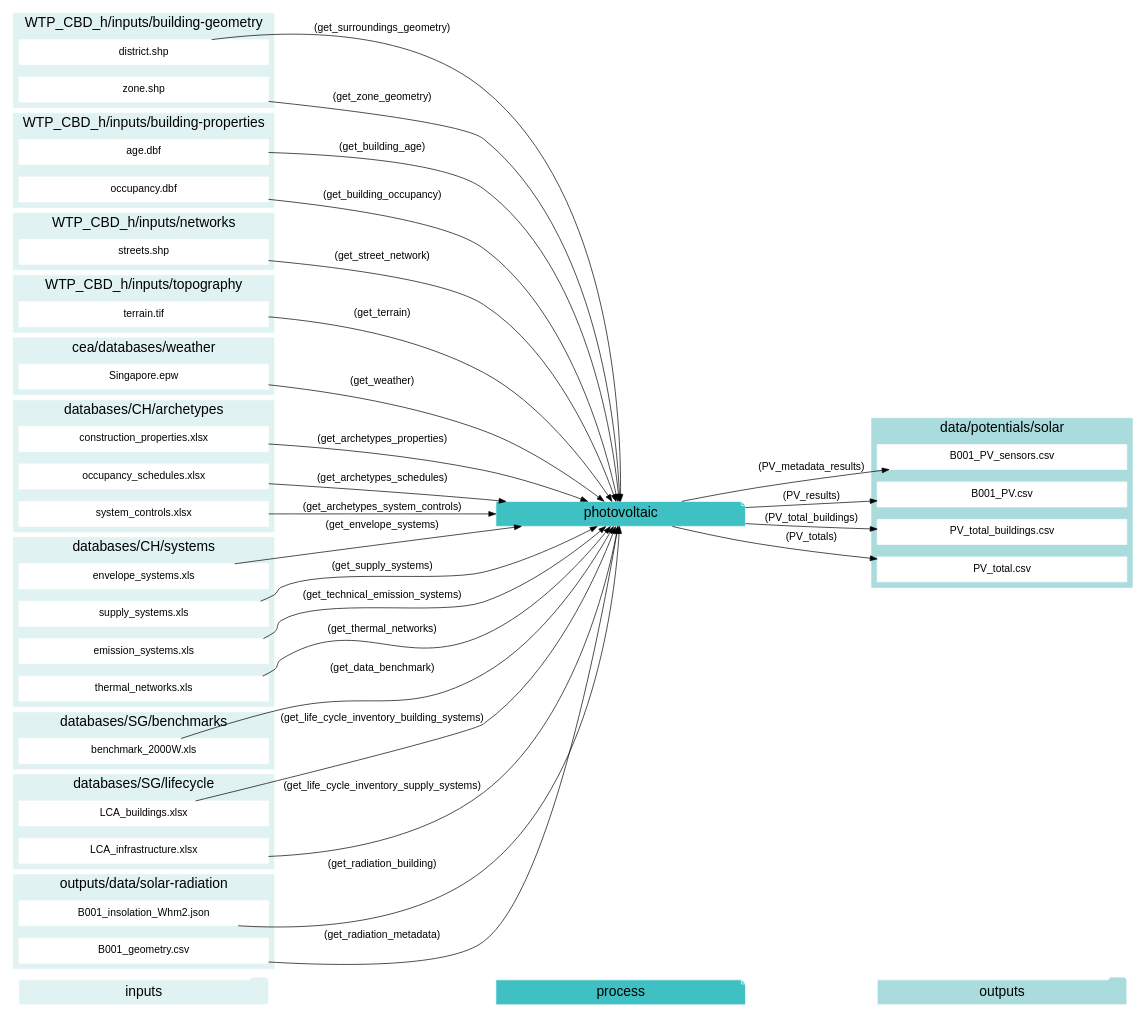
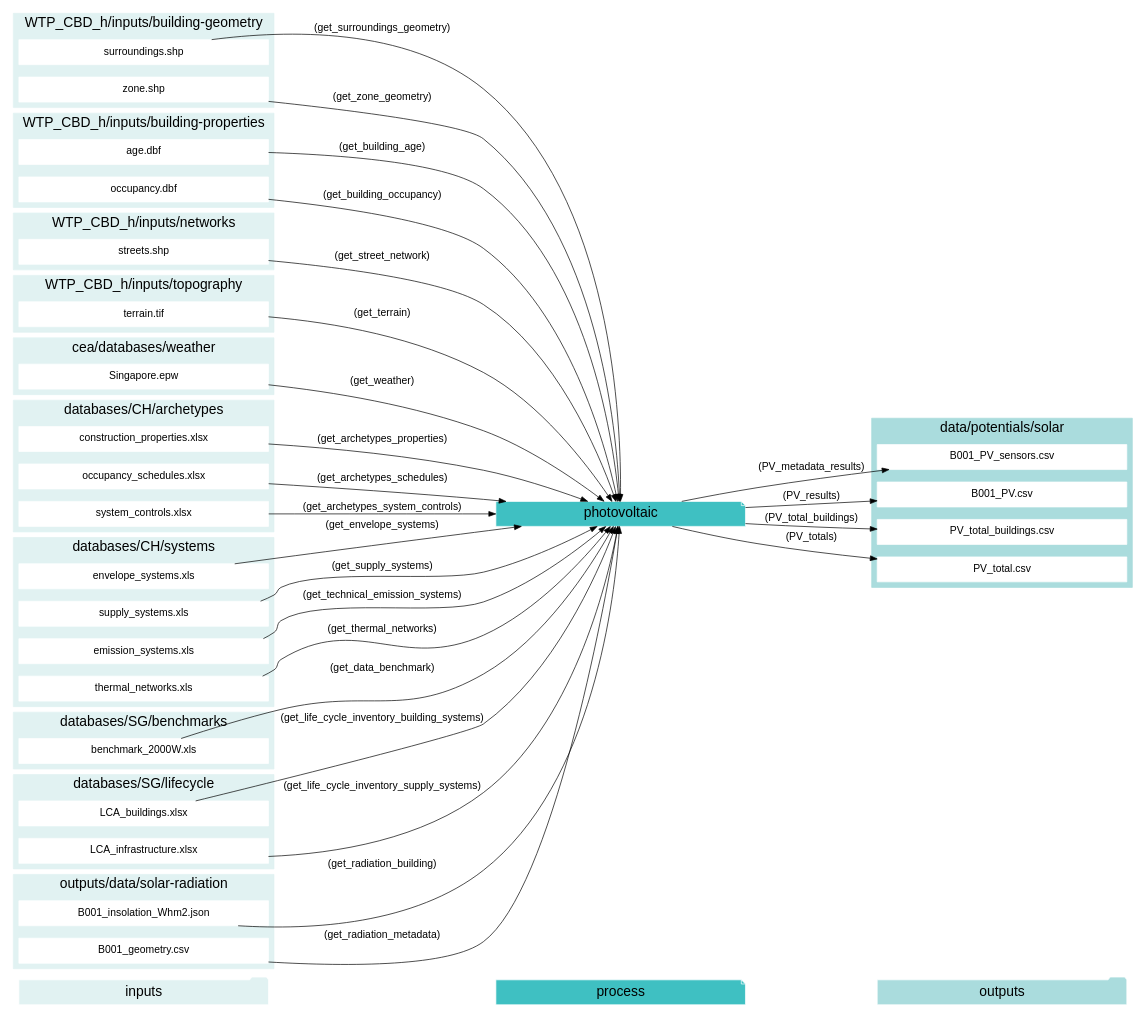
One commit to architecture-building-systems/CityEnergyAnalyst changed diagram 12 of 12 in docs/script-data-flow.rst. Above: the diagram before and after it, drawn with Graphviz. The commit also changed other lines of this file and 41 other files, not shown here.

Commit message:
renaming district to surroundings

```diff
--- a/docs/script-data-flow.rst
+++ b/docs/script-data-flow.rst
@@ -1617,7 +1617,7 @@
         fontsize = 20;
         rank=same;
         label="WTP_CBD_h/inputs/building-geometry";
-        "district.shp"
+        "surroundings.shp"
         "zone.shp"
     }
     subgraph cluster_1_in {
@@ -1717,7 +1717,7 @@
     "age.dbf" -> "photovoltaic"[label="(get_building_age)"]
     "occupancy.dbf" -> "photovoltaic"[label="(get_building_occupancy)"]
     "benchmark_2000W.xls" -> "photovoltaic"[label="(get_data_benchmark)"]
-    "district.shp" -> "photovoltaic"[label="(get_surroundings_geometry)"]
+    "surroundings.shp" -> "photovoltaic"[label="(get_surroundings_geometry)"]
     "envelope_systems.xls" -> "photovoltaic"[label="(get_envelope_systems)"]
     "LCA_buildings.xlsx" -> "photovoltaic"[label="(get_life_cycle_inventory_building_systems)"]
     "LCA_infrastructure.xlsx" -> "photovoltaic"[label="(get_life_cycle_inventory_supply_systems)"]
```
